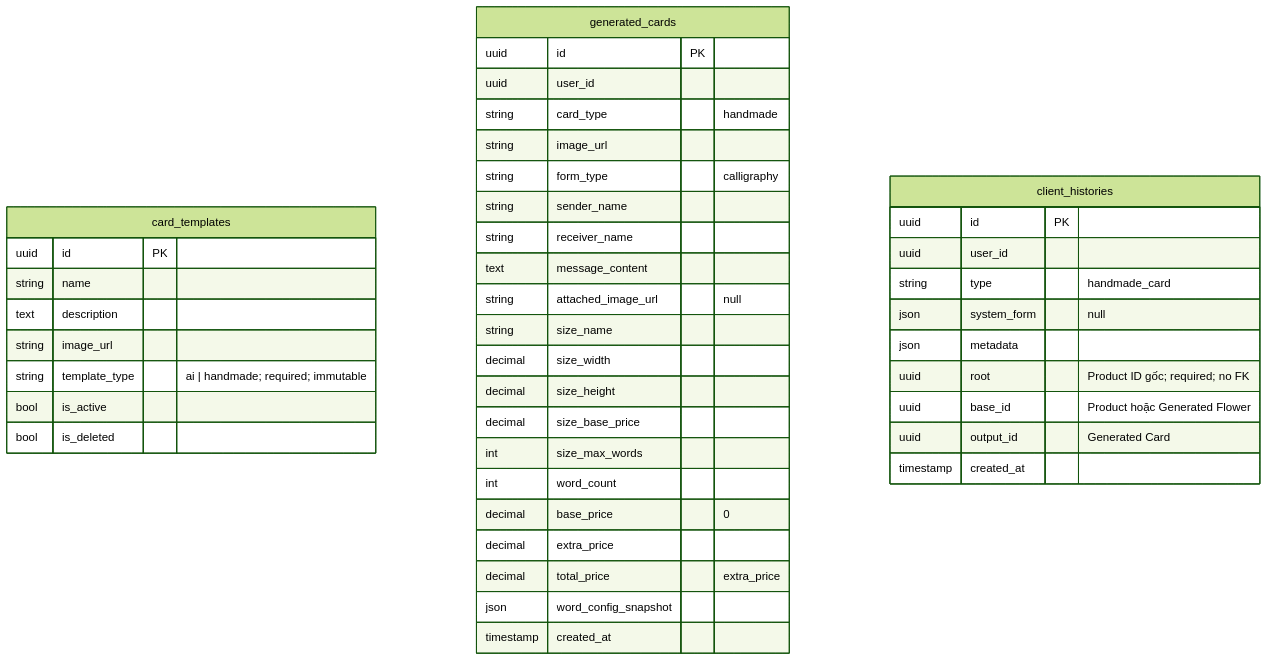
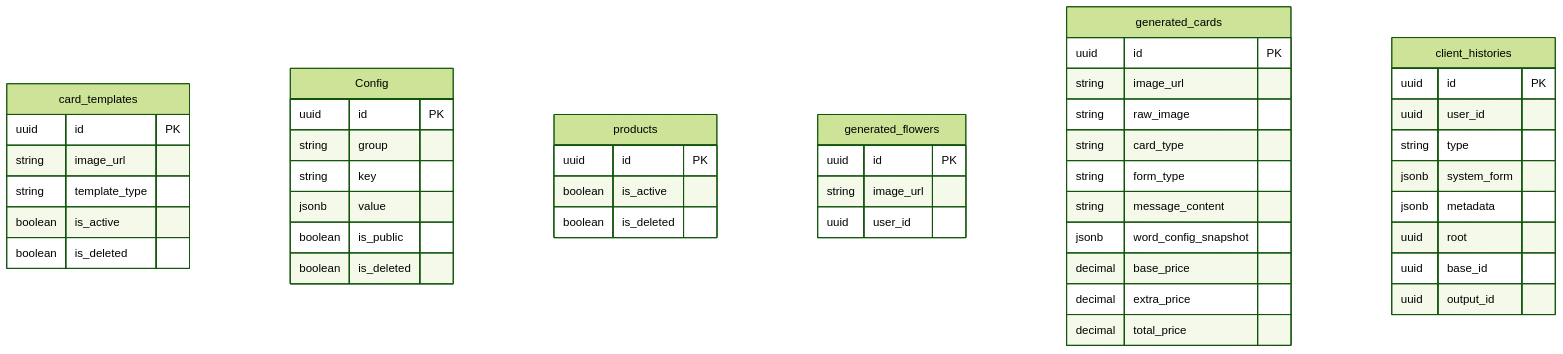
Before and after one commit to TaskCoper/hoatheomua-be: the fifth of 5 diagrams in HoaTheoMua.Repository/docs/tdd/TDD-021/TDD-021-chon-va-tao-thiep-handmade.md, drawn with Mermaid (forest theme). The commit also changed other lines of this file and 214 other files, not shown here.

````diff
--- a/HoaTheoMua.Repository/docs/tdd/TDD-021/TDD-021-chon-va-tao-thiep-handmade.md
+++ b/HoaTheoMua.Repository/docs/tdd/TDD-021/TDD-021-chon-va-tao-thiep-handmade.md
@@ -184,47 +186,50 @@
 ```mermaid
 erDiagram
     card_templates {
         uuid id PK
-        string name
-        text description
         string image_url
-        string template_type "ai | handmade; required; immutable"
-        bool is_active
-        bool is_deleted
+        string template_type
+        boolean is_active
+        boolean is_deleted
     }
-
+    Config {
+        uuid id PK
+        string group
+        string key
+        jsonb value
+        boolean is_public
+        boolean is_deleted
+    }
+    products {
+        uuid id PK
+        boolean is_active
+        boolean is_deleted
+    }
+    generated_flowers {
+        uuid id PK
+        string image_url
+        uuid user_id
+    }
     generated_cards {
         uuid id PK
-        uuid user_id
-        string card_type "handmade"
         string image_url
-        string form_type "calligraphy"
-        string sender_name
-        string receiver_name
-        text message_content
-        string attached_image_url "null"
-        string size_name
-        decimal size_width
-        decimal size_height
-        decimal size_base_price
-        int size_max_words
-        int word_count
-        decimal base_price "0"
+        string raw_image
+        string card_type
+        string form_type
+        string message_content
+        jsonb word_config_snapshot
+        decimal base_price
         decimal extra_price
-        decimal total_price "extra_price"
-        json word_config_snapshot
-        timestamp created_at
+        decimal total_price
     }
-
     client_histories {
         uuid id PK
         uuid user_id
-        string type "handmade_card"
-        json system_form "null"
-        json metadata
-        uuid root "Product ID gốc; required; no FK"
-        uuid base_id "Product hoặc Generated Flower"
-        uuid output_id "Generated Card"
-        timestamp created_at
+        string type
+        jsonb system_form
+        jsonb metadata
+        uuid root
+        uuid base_id
+        uuid output_id
     }
 ```
````
